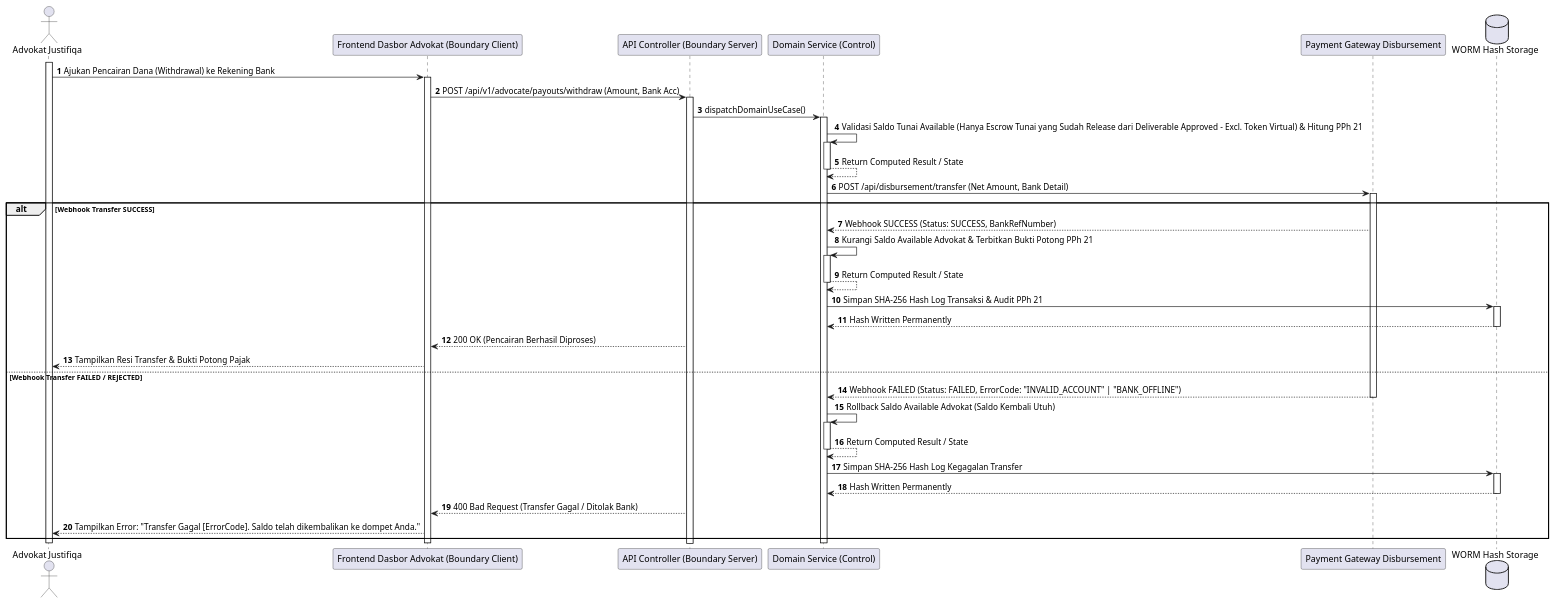
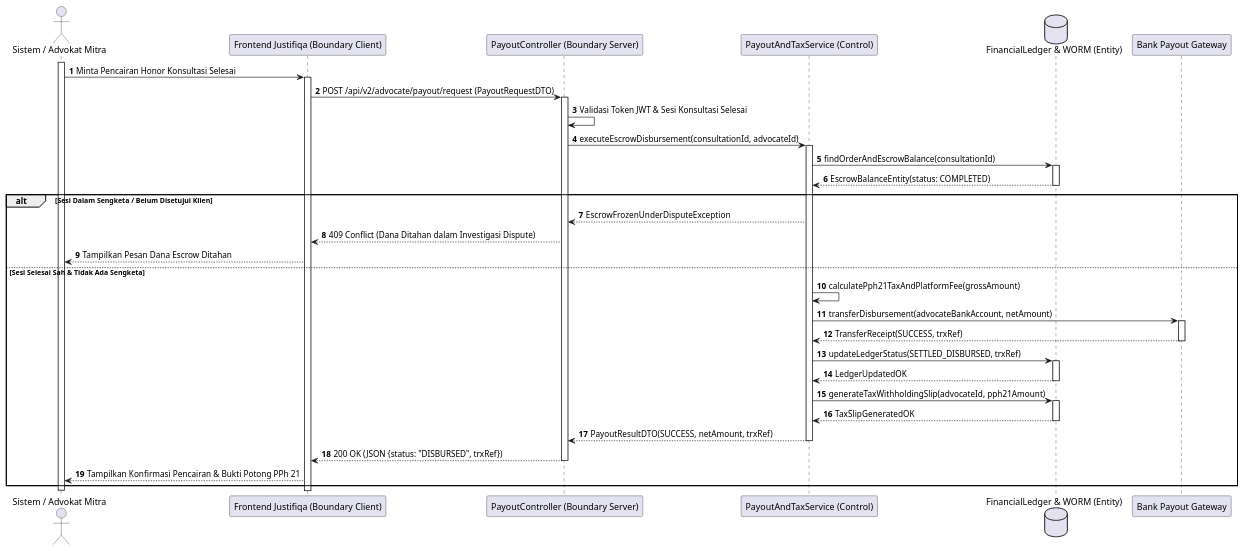
Before and after one commit to tupperwureism/SuperApp-Gagal: diagram 11 of 28 in MarkDown/plantuml_sequence_diagrams.md, drawn with PlantUML. The commit also changed other lines of this file and 1 other file, not shown here.

Commit message:
fix(sequence-diagrams): regenerate all 28 Sequence Diagrams with deterministic hand-crafted 5-Lifeline BCE flows

````diff
--- a/MarkDown/plantuml_sequence_diagrams.md
+++ b/MarkDown/plantuml_sequence_diagrams.md
@@ -780,42 +452,37 @@
 ```plantuml
 @startuml
 autonumber
-actor "Advokat Justifiqa" as Mitra
-participant "Frontend Dasbor Advokat (Boundary Client)" as B_FE
-participant "API Controller (Boundary Server)" as B_BE
-participant "Domain Service (Control)" as C_Svc
-participant "Backend Independen Justifiqa" as C_Svc
-participant "Payment Gateway Disbursement" as PG
-database "WORM Hash Storage" as WORM
+actor "Sistem / Advokat Mitra" as User
+participant "Frontend Justifiqa (Boundary Client)" as B_FE
+participant "PayoutController (Boundary Server)" as B_BE
+participant "PayoutAndTaxService (Control)" as C_Svc
+database "FinancialLedger & WORM (Entity)" as E_DB
+participant "Bank Payout Gateway" as Bank
 
-activate Mitra
-Mitra -> B_FE ++ : Ajukan Pencairan Dana (Withdrawal) ke Rekening Bank
-B_FE -> B_BE ++ : POST /api/v1/advocate/payouts/withdraw (Amount, Bank Acc)
-    B_BE -> C_Svc ++ : dispatchDomainUseCase()
+activate User
+User -> B_FE ++ : Minta Pencairan Honor Konsultasi Selesai
+B_FE -> B_BE ++ : POST /api/v2/advocate/payout/request (PayoutRequestDTO)
+B_BE -> B_BE : Validasi Token JWT & Sesi Konsultasi Selesai
+B_BE -> C_Svc ++ : executeEscrowDisbursement(consultationId, advocateId)
+C_Svc -> E_DB ++ : findOrderAndEscrowBalance(consultationId)
+E_DB --> C_Svc -- : EscrowBalanceEntity(status: COMPLETED)
 
-C_Svc -> C_Svc ++ : Validasi Saldo Tunai Available (Hanya Escrow Tunai yang Sudah Release dari Deliverable Approved - Excl. Token Virtual) & Hitung PPh 21
-C_Svc --> C_Svc -- : Return Computed Result / State
-C_Svc -> PG ++ : POST /api/disbursement/transfer (Net Amount, Bank Detail)
-
-alt Webhook Transfer SUCCESS
-    PG --> C_Svc : Webhook SUCCESS (Status: SUCCESS, BankRefNumber)
-    C_Svc -> C_Svc ++ : Kurangi Saldo Available Advokat & Terbitkan Bukti Potong PPh 21
-    C_Svc --> C_Svc -- : Return Computed Result / State
-    C_Svc -> WORM ++ : Simpan SHA-256 Hash Log Transaksi & Audit PPh 21
-    WORM --> C_Svc -- : Hash Written Permanently
-    B_BE --> B_FE : 200 OK (Pencairan Berhasil Diproses)
-    B_FE --> Mitra : Tampilkan Resi Transfer & Bukti Potong Pajak
-else Webhook Transfer FAILED / REJECTED
-    PG --> C_Svc -- : Webhook FAILED (Status: FAILED, ErrorCode: "INVALID_ACCOUNT" | "BANK_OFFLINE")
-    C_Svc -> C_Svc ++ : Rollback Saldo Available Advokat (Saldo Kembali Utuh)
-    C_Svc --> C_Svc -- : Return Computed Result / State
-    C_Svc -> WORM ++ : Simpan SHA-256 Hash Log Kegagalan Transfer
-    WORM --> C_Svc -- : Hash Written Permanently
-    B_BE --> B_FE : 400 Bad Request (Transfer Gagal / Ditolak Bank)
-    B_FE --> Mitra : Tampilkan Error: "Transfer Gagal [ErrorCode]. Saldo telah dikembalikan ke dompet Anda."
+alt Sesi Dalam Sengketa / Belum Disetujui Klien
+    C_Svc --> B_BE : EscrowFrozenUnderDisputeException
+    B_BE --> B_FE : 409 Conflict (Dana Ditahan dalam Investigasi Dispute)
+    B_FE --> User : Tampilkan Pesan Dana Escrow Ditahan
+else Sesi Selesai Sah & Tidak Ada Sengketa
+    C_Svc -> C_Svc : calculatePph21TaxAndPlatformFee(grossAmount)
+    C_Svc -> Bank ++ : transferDisbursement(advocateBankAccount, netAmount)
+    Bank --> C_Svc -- : TransferReceipt(SUCCESS, trxRef)
+    C_Svc -> E_DB ++ : updateLedgerStatus(SETTLED_DISBURSED, trxRef)
+    E_DB --> C_Svc -- : LedgerUpdatedOK
+    C_Svc -> E_DB ++ : generateTaxWithholdingSlip(advocateId, pph21Amount)
+    E_DB --> C_Svc -- : TaxSlipGeneratedOK
+    C_Svc --> B_BE -- : PayoutResultDTO(SUCCESS, netAmount, trxRef)
+    B_BE --> B_FE -- : 200 OK (JSON {status: "DISBURSED", trxRef})
+    B_FE --> User : Tampilkan Konfirmasi Pencairan & Bukti Potong PPh 21
 end
-deactivate C_Svc
-deactivate B_FE
-deactivate Mitra
+deactivate User
 @enduml
 ```
````
